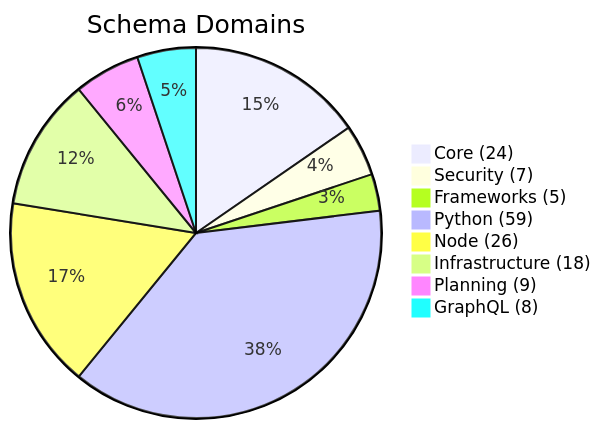
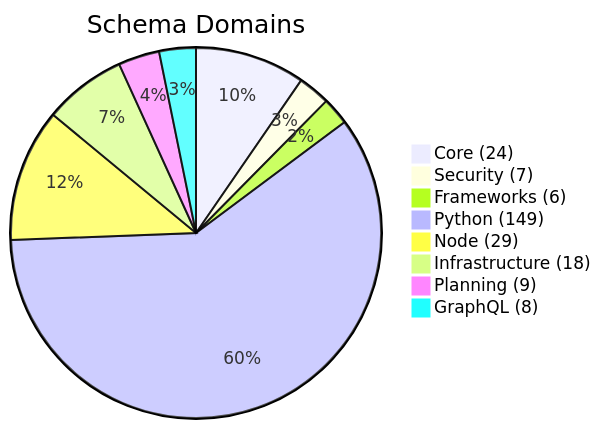
Before and after one commit to TheAuditorTool/Auditor: the tenth of 19 diagrams in System_flows.md, drawn with Mermaid. The commit also changed other lines of this file and 5 other files, not shown here.

````diff
--- a/System_flows.md
+++ b/System_flows.md
@@ -360,11 +359,11 @@
 ```mermaid
 pie title Schema Domains
     "Core (24)" : 24
     "Security (7)" : 7
-    "Frameworks (5)" : 5
-    "Python (59)" : 59
-    "Node (26)" : 26
+    "Frameworks (6)" : 6
+    "Python (149)" : 149
+    "Node (29)" : 29
     "Infrastructure (18)" : 18
     "Planning (9)" : 9
     "GraphQL (8)" : 8
 ```
````
